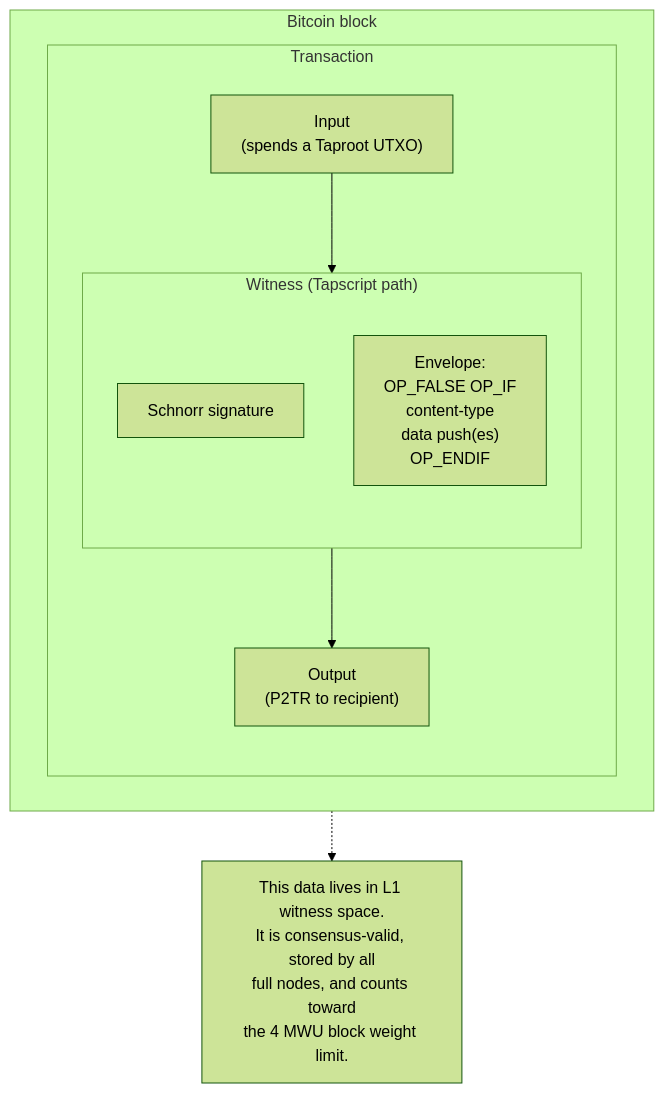
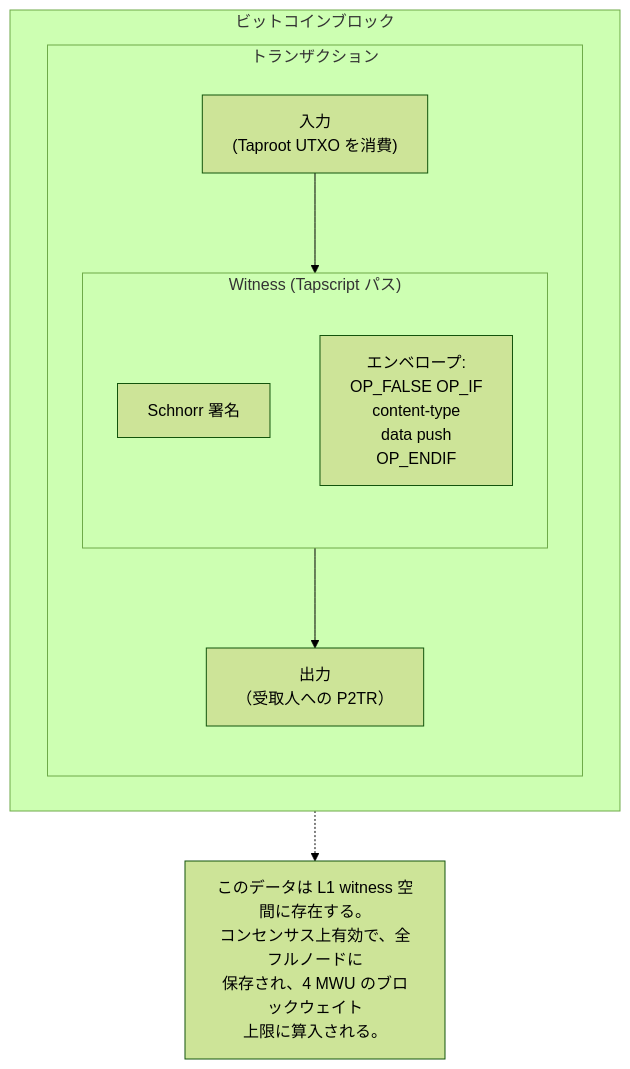
One commit to cypher256/BitcoinArchive changed the fifth of 6 diagrams in src/data/translations/ja/design/2009-01-03-bitcoin-ecosystem-design.md. Above: the diagram before and after it, drawn with Mermaid (forest theme). The commit also changed other lines of this file and 11 other files, not shown here.

````diff
--- a/src/data/translations/ja/design/2009-01-03-bitcoin-ecosystem-design.md
+++ b/src/data/translations/ja/design/2009-01-03-bitcoin-ecosystem-design.md
@@ -212,19 +212,19 @@
 ```mermaid
 flowchart TB
-    subgraph BLOCK["Bitcoin block"]
-        subgraph TX["Transaction"]
-            IN["Input<br/>(spends a Taproot UTXO)"]
-            subgraph WIT["Witness (Tapscript path)"]
-                SIG["Schnorr signature"]
-                ENVELOPE["Envelope:<br/>OP_FALSE OP_IF<br/>  content-type<br/>  data push(es)<br/>OP_ENDIF"]
+    subgraph BLOCK["ビットコインブロック"]
+        subgraph TX["トランザクション"]
+            IN["入力<br/>(Taproot UTXO を消費)"]
+            subgraph WIT["Witness (Tapscript パス)"]
+                SIG["Schnorr 署名"]
+                ENVELOPE["エンベロープ:<br/>OP_FALSE OP_IF<br/>  content-type<br/>  data push<br/>OP_ENDIF"]
             end
-            OUT["Output<br/>(P2TR to recipient)"]
+            OUT["出力<br/>（受取人への P2TR）"]
         end
     end
 
     IN --> WIT
     WIT --> OUT
 
-    NOTE["This data lives in L1 witness space.<br/>It is consensus-valid, stored by all<br/>full nodes, and counts toward<br/>the 4 MWU block weight limit."]
+    NOTE["このデータは L1 witness 空間に存在する。<br/>コンセンサス上有効で、全フルノードに<br/>保存され、4 MWU のブロックウェイト<br/>上限に算入される。"]
     BLOCK -.-> NOTE
 ```
````
